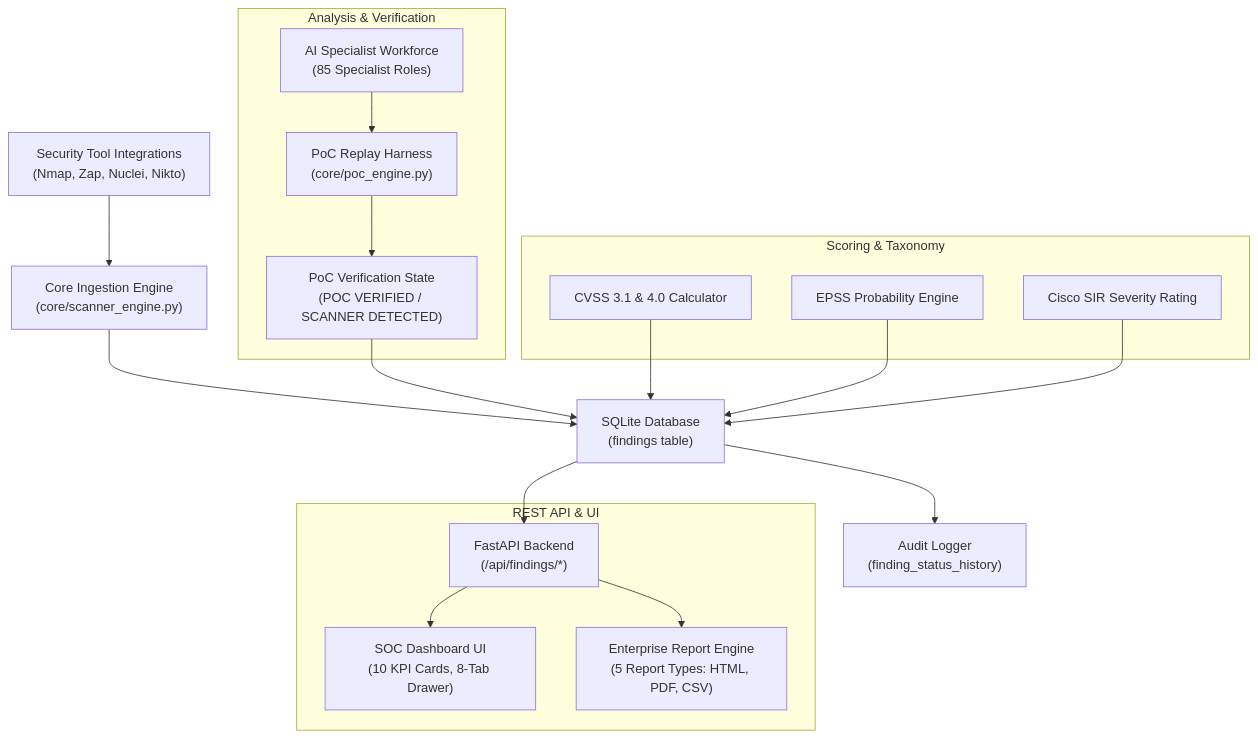
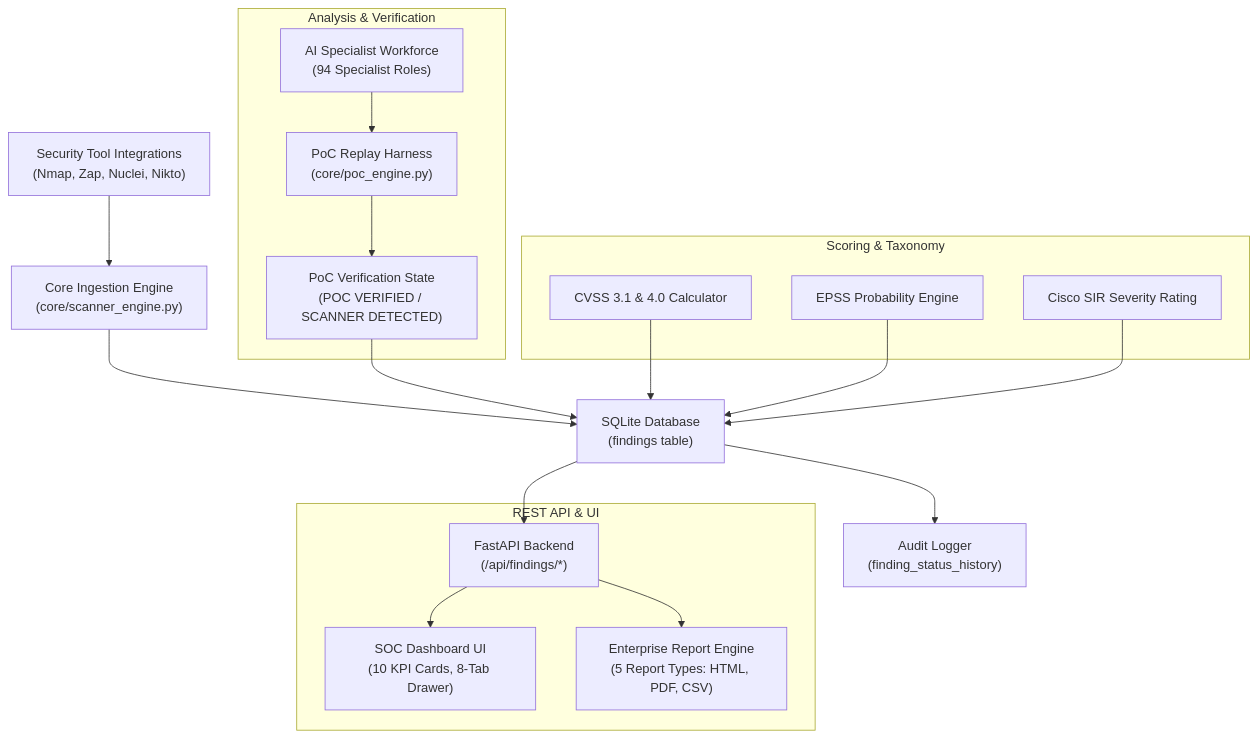
Before and after one commit to 545e/snmk: the diagram in docs/VULNERABILITY_MANAGEMENT.md, drawn with Mermaid. The commit also changed 42 other files, not shown here.

````diff
--- a/docs/VULNERABILITY_MANAGEMENT.md
+++ b/docs/VULNERABILITY_MANAGEMENT.md
@@ -13,31 +13,31 @@
 ```mermaid
 flowchart TD
     Scanner["Security Tool Integrations<br>(Nmap, Zap, Nuclei, Nikto)"] --> Ingestion["Core Ingestion Engine<br>(core/scanner_engine.py)"]
     Ingestion --> DB["SQLite Database<br>(findings table)"]
     DB --> Audit["Audit Logger<br>(finding_status_history)"]
     
     subgraph Analysis & Verification
-        Agents["AI Specialist Workforce<br>(85 Specialist Roles)"] --> Replay["PoC Replay Harness<br>(core/poc_engine.py)"]
+        Agents["AI Specialist Workforce<br>(94 Specialist Roles)"] --> Replay["PoC Replay Harness<br>(core/poc_engine.py)"]
         Replay --> VerificationBadge["PoC Verification State<br>(POC VERIFIED / SCANNER DETECTED)"]
     end
     
     subgraph Scoring & Taxonomy
         CVSS["CVSS 3.1 & 4.0 Calculator"]
         EPSS["EPSS Probability Engine"]
         CiscoSIR["Cisco SIR Severity Rating"]
     end
     
     subgraph REST API & UI
         API["FastAPI Backend<br>(/api/findings/*)"]
         UI["SOC Dashboard UI<br>(10 KPI Cards, 8-Tab Drawer)"]
         Reports["Enterprise Report Engine<br>(5 Report Types: HTML, PDF, CSV)"]
     end
 
     VerificationBadge --> DB
     CVSS --> DB
     EPSS --> DB
     CiscoSIR --> DB
     DB --> API
     API --> UI
     API --> Reports
 ```
````
